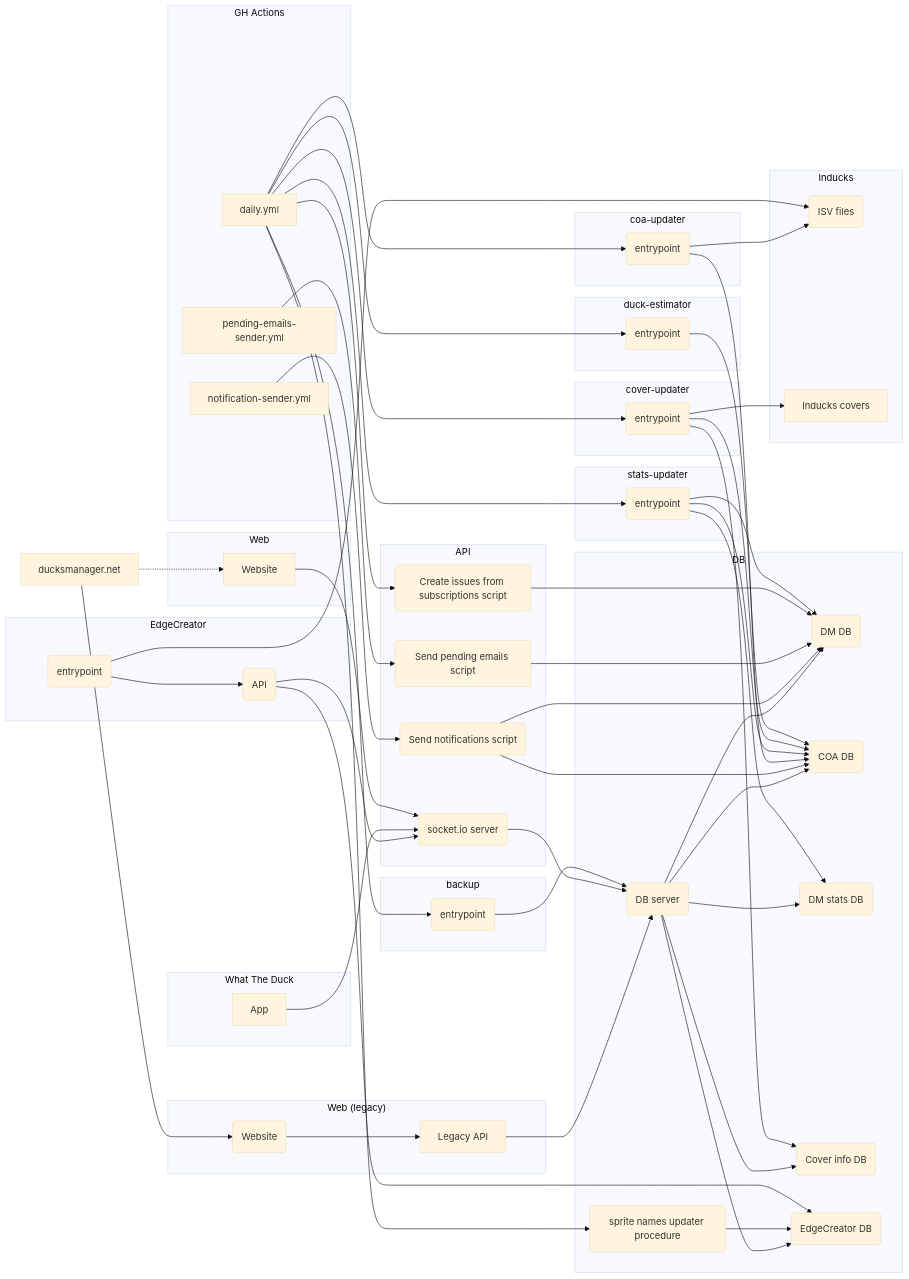
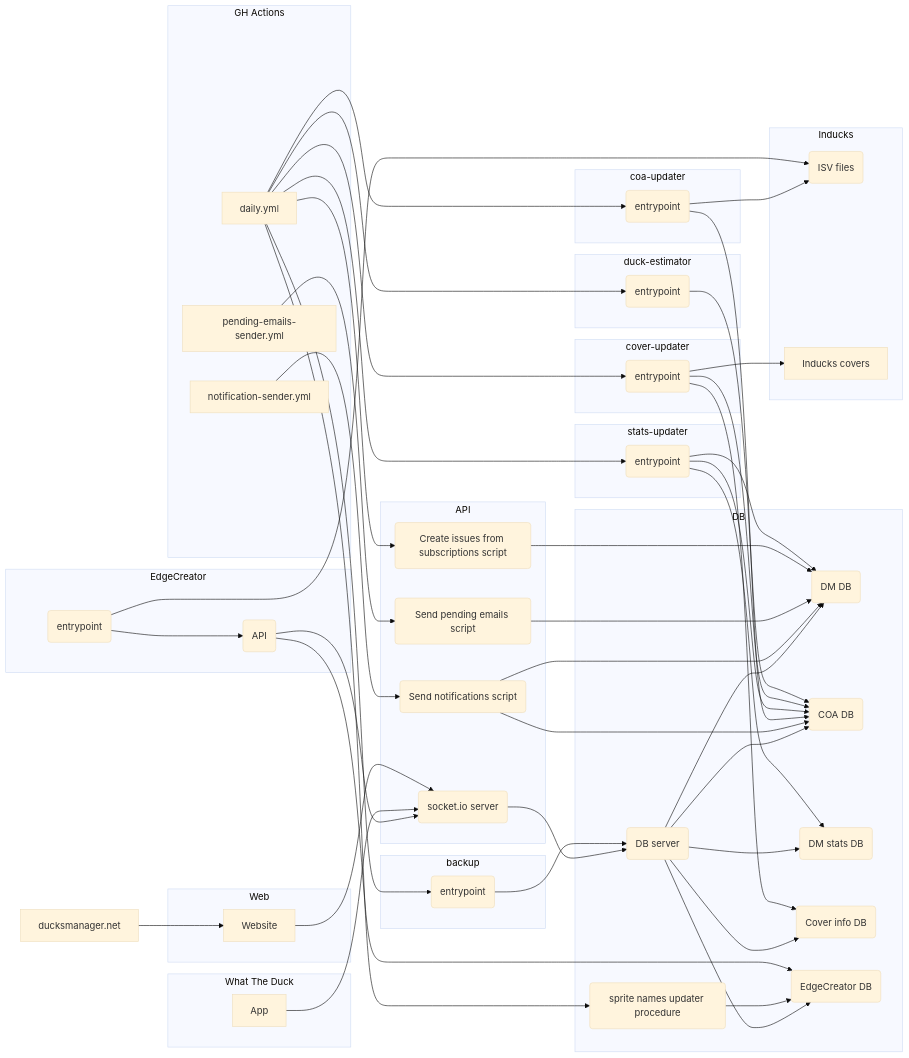
The diagram in README.md (ducksmanager/core), drawn with Mermaid (base theme) before and after one commit. The commit also changed other lines of this file, not shown here.

Commit message:
web: Update README now that the legacy branch is not used anymore

````diff
--- a/README.md
+++ b/README.md
@@ -16,71 +16,66 @@
 ```mermaid
 flowchart LR
     subgraph Inducks
         ISV_files("ISV files")
         Inducks_covers[Inducks covers]
     end
     subgraph DB
         DBServer("DB server")
         DBServer --> db_dm("DM DB")
         DBServer --> db_coa("COA DB")
         DBServer --> db_dm_stats("DM stats DB")
         DBServer --> db_cover_id("Cover info DB")
         DBServer --> db_edgecreator("EdgeCreator DB")
         SpriteNamesUpdater(sprite names updater procedure) --> db_edgecreator
     end
-    LegacyAPI[Legacy API] --> DBServer
     subgraph API
         SocketIOServer(socket.io server) --> DBServer
         NotificationSenderScript(Send notifications script) --> db_coa
         NotificationSenderScript --> db_dm
         PendingEmailsSenderScript(Send pending emails script) --> db_dm
         CreateIssuesFromSubscriptionsScript(Create issues from subscriptions script) --> db_dm
     end
     subgraph coa-updater
         CoaUpdaterEntrypoint(entrypoint)-->ISV_files
         CoaUpdaterEntrypoint(entrypoint)-->db_coa
     end
     subgraph EdgeCreator
         EdgeCreatorEntrypoint(entrypoint)-->ISV_files
         EdgeCreatorEntrypoint --> EdgeCreatorAPI(API)-->db_edgecreator
         EdgeCreatorAPI(API)-->SocketIOServer
     end
     subgraph stats-updater
         StatsUpdaterEntrypoint(entrypoint)-->db_coa
         StatsUpdaterEntrypoint(entrypoint)-->db_dm
         StatsUpdaterEntrypoint(entrypoint)-->db_dm_stats
     end
     subgraph cover-updater
         CoverUpdaterEntrypoint(entrypoint)-->db_coa
         CoverUpdaterEntrypoint(entrypoint)-->db_cover_id
         CoverUpdaterEntrypoint(entrypoint)-->Inducks_covers
     end
     subgraph duck-estimator
         DuckEstimatorEntrypoint(entrypoint)-->db_coa
     end
     subgraph backup
         BackupEntrypoint(entrypoint)-->DBServer
     end
     subgraph "What The Duck"
         App --> SocketIOServer
     end
     subgraph "Web"
         Website-->SocketIOServer
     end
-    subgraph "Web (legacy)"
-        WebsiteLegacy(Website)-->LegacyAPI
-    end
-    ducksmanager.net --> WebsiteLegacy
-    ducksmanager.net -.-> Website
+    ducksmanager.net --> Website
     subgraph "GH Actions"
         notification-sender.yml --> NotificationSenderScript
         pending-emails-sender.yml --> PendingEmailsSenderScript
         daily.yml --> CoaUpdaterEntrypoint
         daily.yml --> StatsUpdaterEntrypoint
         daily.yml --> CoverUpdaterEntrypoint
         daily.yml --> DuckEstimatorEntrypoint
         daily.yml --> SpriteNamesUpdater
         daily.yml --> CreateIssuesFromSubscriptionsScript
         daily.yml --> BackupEntrypoint
     end
 ```
````
